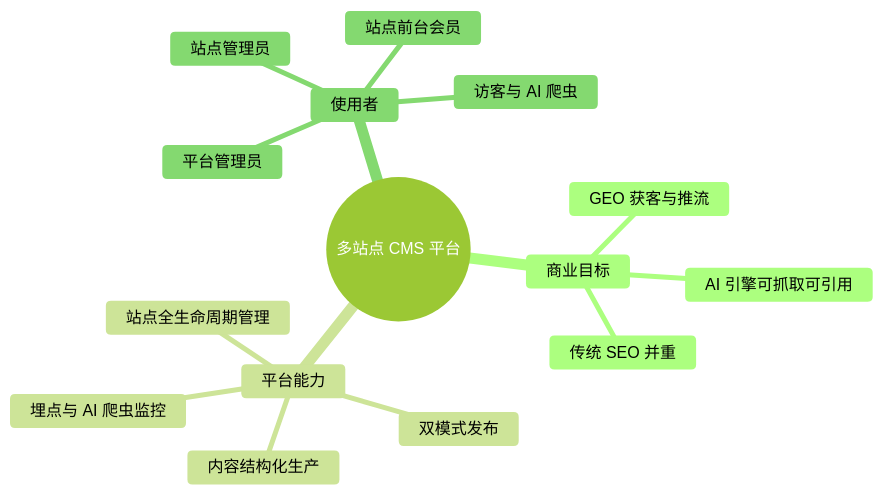
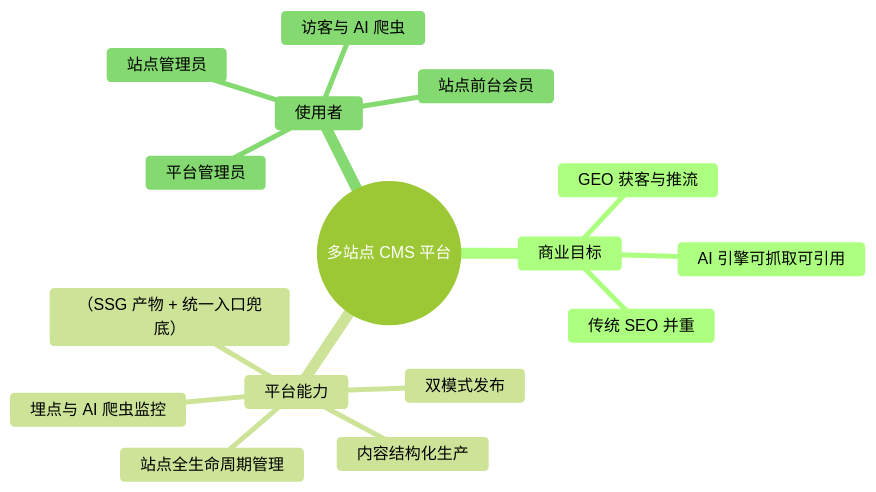
Before and after one commit to ht-sauce/trillion-cms-platform: the diagram in docs/spec/00-overview.md, drawn with Mermaid (forest theme). The commit also changed other lines of this file and 30 other files, not shown here.

````diff
--- a/docs/spec/00-overview.md
+++ b/docs/spec/00-overview.md
@@ -13,18 +13,19 @@
 ```mermaid
 mindmap
   root((多站点 CMS 平台))
     商业目标
       GEO 获客与推流
       AI 引擎可抓取可引用
       传统 SEO 并重
     平台能力
       站点全生命周期管理
       内容结构化生产
       双模式发布
+      （SSG 产物 + 统一入口兜底）
       埋点与 AI 爬虫监控
     使用者
       平台管理员
       站点管理员
       站点前台会员
       访客与 AI 爬虫
 ```
````
